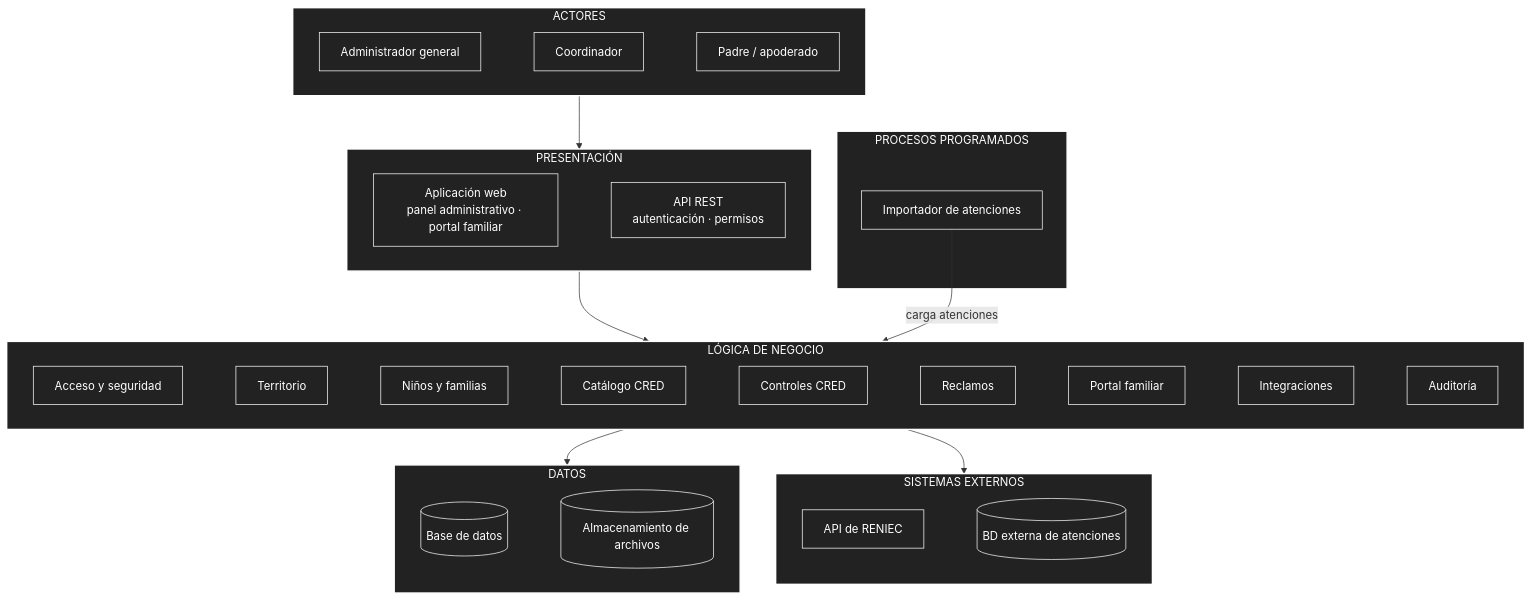
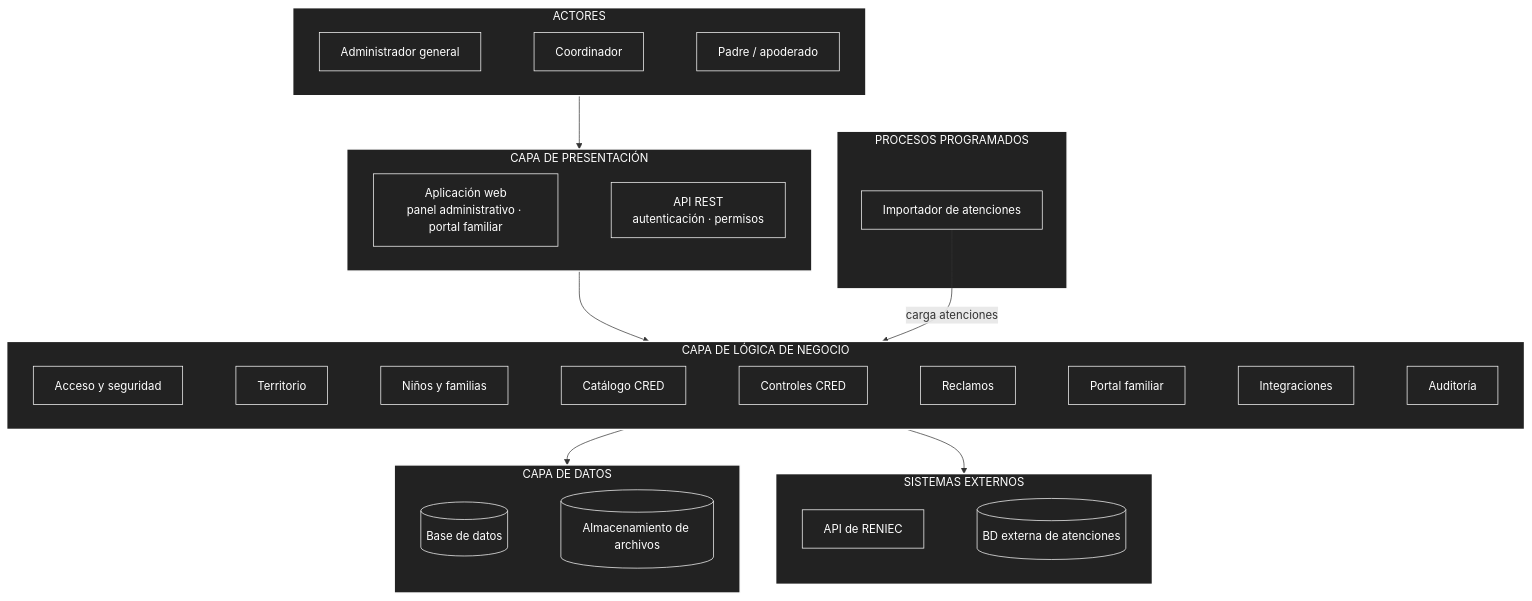
One commit to germanAmiqueroPeralta/SPRINT1 changed the diagram in docs/02-arquitectura-de-software/01-arquitectura-inicial.md. Above: the diagram before and after it, drawn with Mermaid. The commit also changed 3 other files, not shown here.

Commit message:
Encerrar capas con su nombre en los diagramas de arquitectura

```diff
--- a/docs/02-arquitectura-de-software/01-arquitectura-inicial.md
+++ b/docs/02-arquitectura-de-software/01-arquitectura-inicial.md
@@ -18,7 +18,7 @@
 %% =========================
 %% PRESENTACIÓN
 %% =========================
-subgraph PRESENTACION["PRESENTACIÓN"]
+subgraph PRESENTACION["CAPA DE PRESENTACIÓN"]
     direction LR
     Web["Aplicación web<br/>panel administrativo · portal familiar"]
     API["API REST<br/>autenticación · permisos"]
@@ -27,7 +27,7 @@
 %% =========================
 %% LÓGICA DE NEGOCIO
 %% =========================
-subgraph NEGOCIO["LÓGICA DE NEGOCIO"]
+subgraph NEGOCIO["CAPA DE LÓGICA DE NEGOCIO"]
     direction LR
     Acceso["Acceso y seguridad"]
     Territorio["Territorio"]
@@ -50,7 +50,7 @@
 %% =========================
 %% DATOS
 %% =========================
-subgraph DATOS["DATOS"]
+subgraph DATOS["CAPA DE DATOS"]
     direction LR
     BD[("Base de datos")]
     Archivos[("Almacenamiento de archivos")]
```
